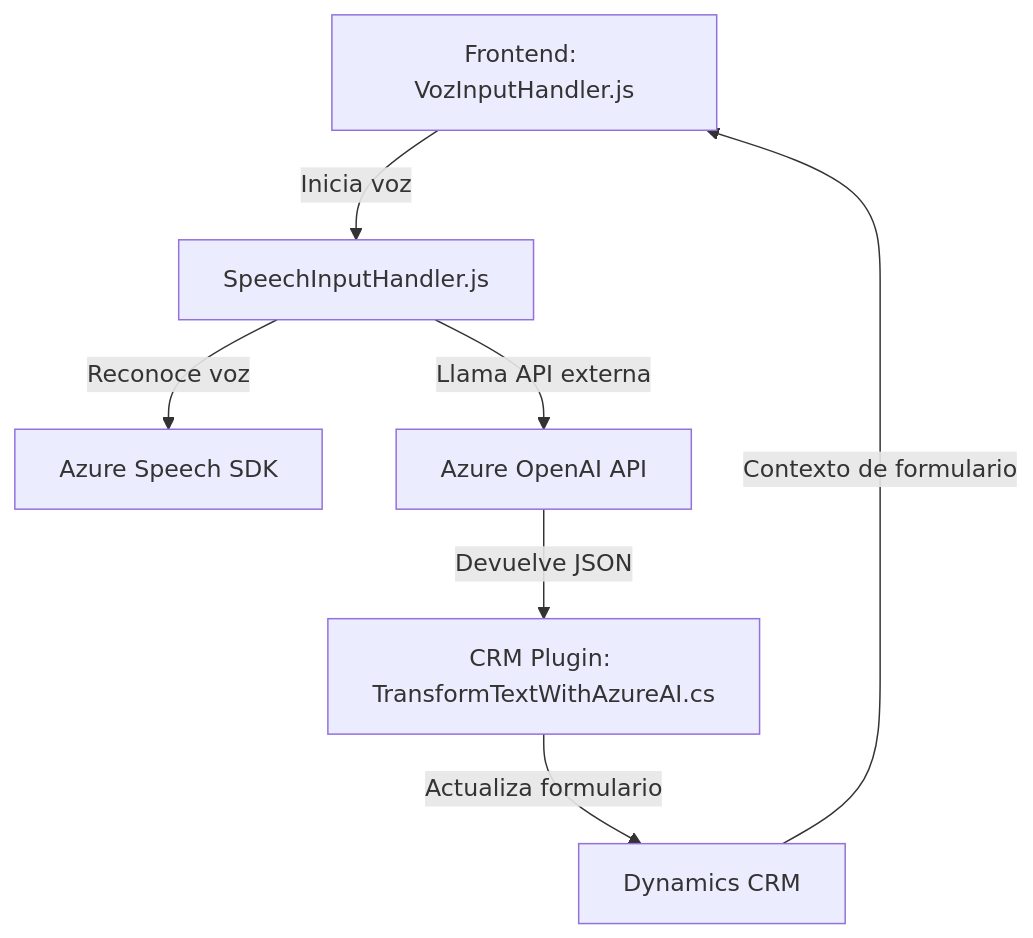
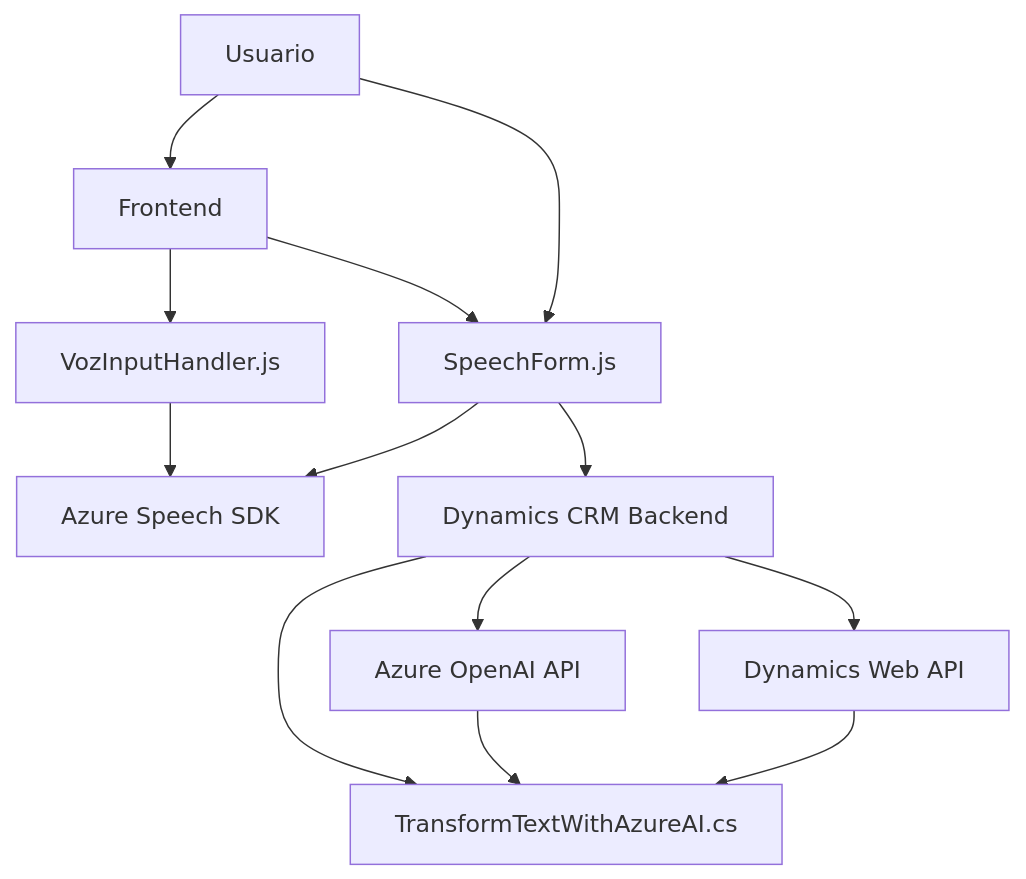
Before and after one commit to blopezdm/NETCORE_BILBAO2025: the diagram in README.md, drawn with Mermaid. The commit also changed other lines of this file, not shown here.

````diff
--- a/README.md
+++ b/README.md
@@ -37,9 +33,25 @@
 ```mermaid
 graph TD
-    A["Frontend: VozInputHandler.js"] -->|Inicia voz| B["SpeechInputHandler.js"]
-    B -->|Reconoce voz| C["Azure Speech SDK"]
-    B -->|Llama API externa| D["Azure OpenAI API"]
-    D -->|Devuelve JSON| E["CRM Plugin: TransformTextWithAzureAI.cs"]
-    E -->|Actualiza formulario| F["Dynamics CRM"]
-    F -->|Contexto de formulario| A
+    A["Frontend"]
+    A1["VozInputHandler.js"]
+    A2["SpeechForm.js"]
+    B["Azure Speech SDK"]
+    C["Dynamics CRM Backend"]
+    C1["TransformTextWithAzureAI.cs"]
+    C2["Dynamics Web API"]
+    X["Azure OpenAI API"]
+    Y["Usuario"]
+
+    Y --> A
+    A --> A1
+    A --> A2
+    A1 --> B
+    A2 --> B
+    Y --> A2
+    A2 --> C
+    C --> C1
+    C --> X
+    C --> C2
+    X --> C1
+    C2 --> C1
 ```
````
